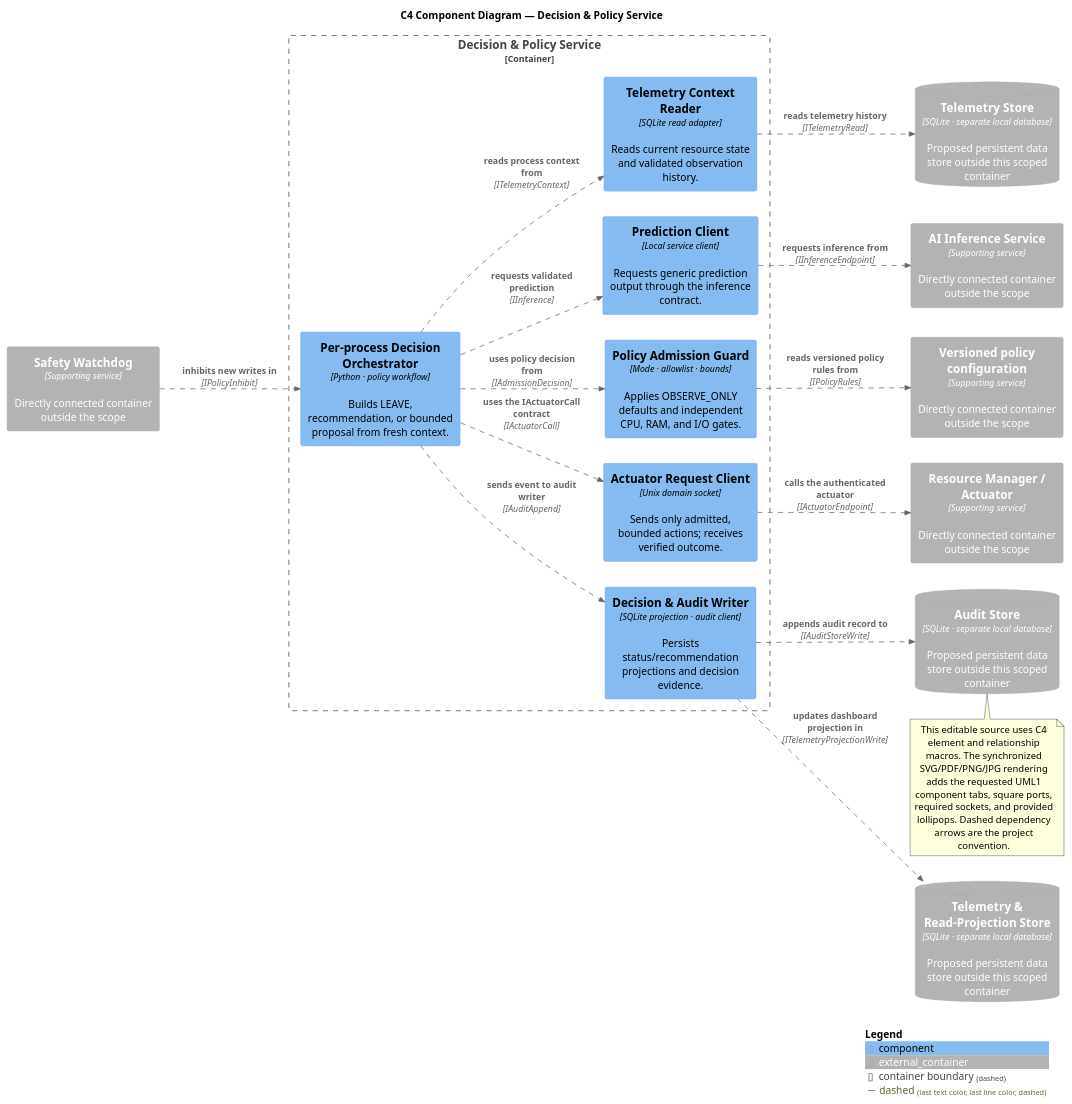
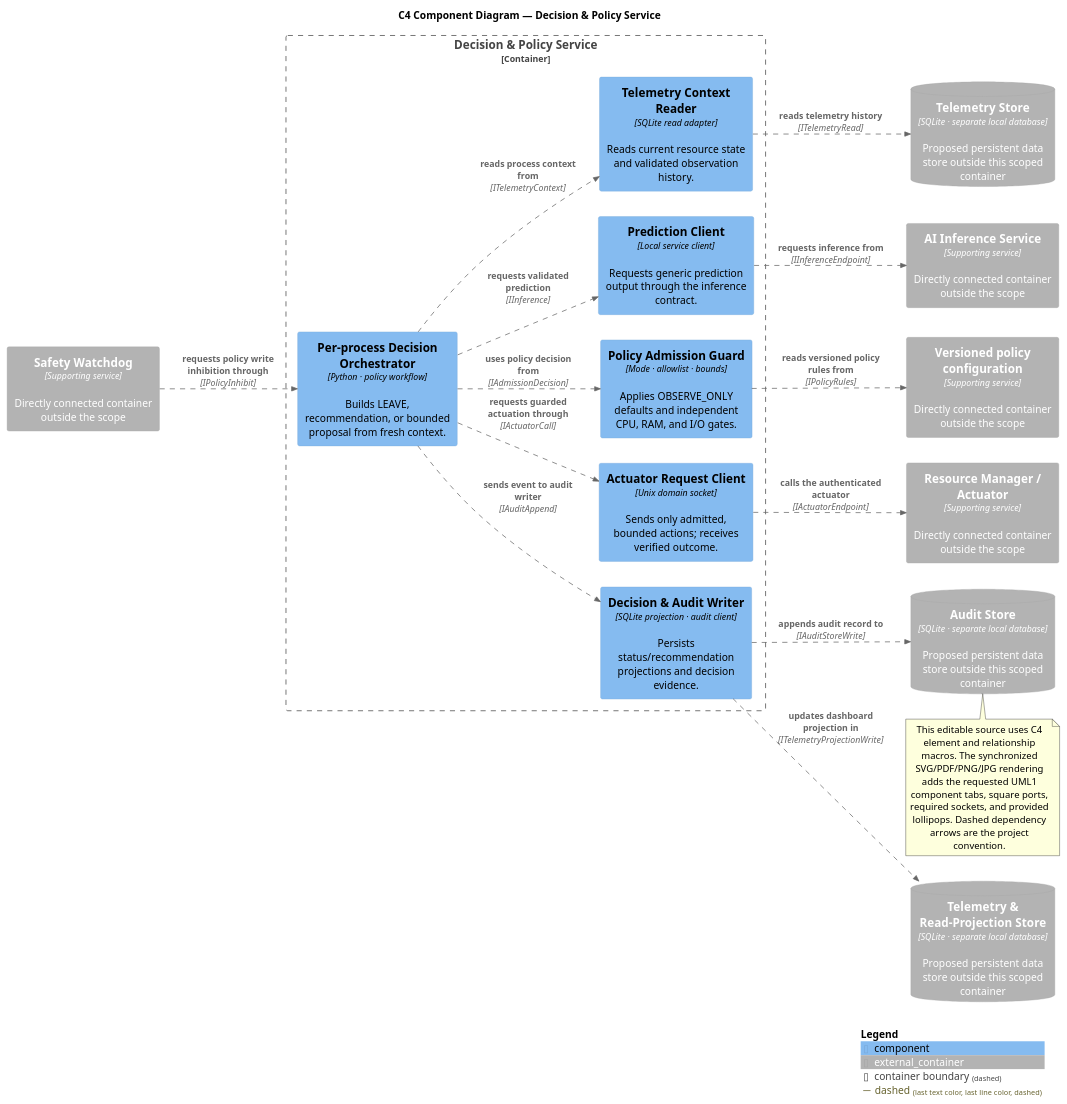
The diagram in documentation/architecture/c4/08_c4_decision_policy_components.puml (Ammar-M-Eid/AIOS), drawn with PlantUML before and after one commit. The commit also changed 26 other files, not shown here.

```diff
--- a/documentation/architecture/c4/08_c4_decision_policy_components.puml
+++ b/documentation/architecture/c4/08_c4_decision_policy_components.puml
@@ -1,38 +1,38 @@
 @startuml
 !include <C4/C4_Component>
 skinparam componentStyle uml1
 title C4 Component Diagram — Decision & Policy Service
 LAYOUT_LEFT_RIGHT()
 AddRelTag("dashed", $lineStyle=DashedLine())
 Container_Boundary(scope, "Decision & Policy Service") {
   Component(C1, "Per-process Decision Orchestrator", "Python · policy workflow", "Builds LEAVE, recommendation, or bounded proposal from fresh context.")
   Component(C2, "Telemetry Context Reader", "SQLite read adapter", "Reads current resource state and validated observation history.")
   Component(C3, "Prediction Client", "Local service client", "Requests generic prediction output through the inference contract.")
   Component(C4, "Policy Admission Guard", "Mode · allowlist · bounds", "Applies OBSERVE_ONLY defaults and independent CPU, RAM, and I/O gates.")
   Component(C5, "Actuator Request Client", "Unix domain socket", "Sends only admitted, bounded actions; receives verified outcome.")
   Component(C6, "Decision & Audit Writer", "SQLite projection · audit client", "Persists status/recommendation projections and decision evidence.")
 }
 Container_Ext(S1, "Resource Manager / Actuator", "Supporting service", "Directly connected container outside the scope")
 Container_Ext(S2, "Safety Watchdog", "Supporting service", "Directly connected container outside the scope")
 Container_Ext(S3, "Versioned policy configuration", "Supporting service", "Directly connected container outside the scope")
 ContainerDb_Ext(S4, "Telemetry Store", "SQLite · separate local database", "Proposed persistent data store outside this scoped container")
 Container_Ext(S5, "AI Inference Service", "Supporting service", "Directly connected container outside the scope")
 ContainerDb_Ext(S6, "Telemetry & Read-Projection Store", "SQLite · separate local database", "Proposed persistent data store outside this scoped container")
 ContainerDb_Ext(S7, "Audit Store", "SQLite · separate local database", "Proposed persistent data store outside this scoped container")
 Rel(C1, C2, "reads process context from", "ITelemetryContext", $tags="dashed")
 Rel(C1, C3, "requests validated prediction", "IInference", $tags="dashed")
 Rel(C1, C4, "uses policy decision from", "IAdmissionDecision", $tags="dashed")
-Rel(C1, C5, "uses the IActuatorCall contract", "IActuatorCall", $tags="dashed")
+Rel(C1, C5, "requests guarded actuation through", "IActuatorCall", $tags="dashed")
 Rel(C5, S1, "calls the authenticated actuator", "IActuatorEndpoint", $tags="dashed")
 Rel(C1, C6, "sends event to audit writer", "IAuditAppend", $tags="dashed")
-Rel(S2, C1, "inhibits new writes in", "IPolicyInhibit", $tags="dashed")
+Rel(S2, C1, "requests policy write inhibition through", "IPolicyInhibit", $tags="dashed")
 Rel(C4, S3, "reads versioned policy rules from", "IPolicyRules", $tags="dashed")
 Rel(C2, S4, "reads telemetry history", "ITelemetryRead", $tags="dashed")
 Rel(C3, S5, "requests inference from", "IInferenceEndpoint", $tags="dashed")
 Rel(C6, S6, "updates dashboard projection in", "ITelemetryProjectionWrite", $tags="dashed")
 Rel(C6, S7, "appends audit record to", "IAuditStoreWrite", $tags="dashed")
 note bottom
 This editable source uses C4 element and relationship macros. The synchronized SVG/PDF/PNG/JPG rendering adds the requested UML1 component tabs, square ports, required sockets, and provided lollipops. Dashed dependency arrows are the project convention.
 end note
 SHOW_LEGEND()
 @enduml
```
